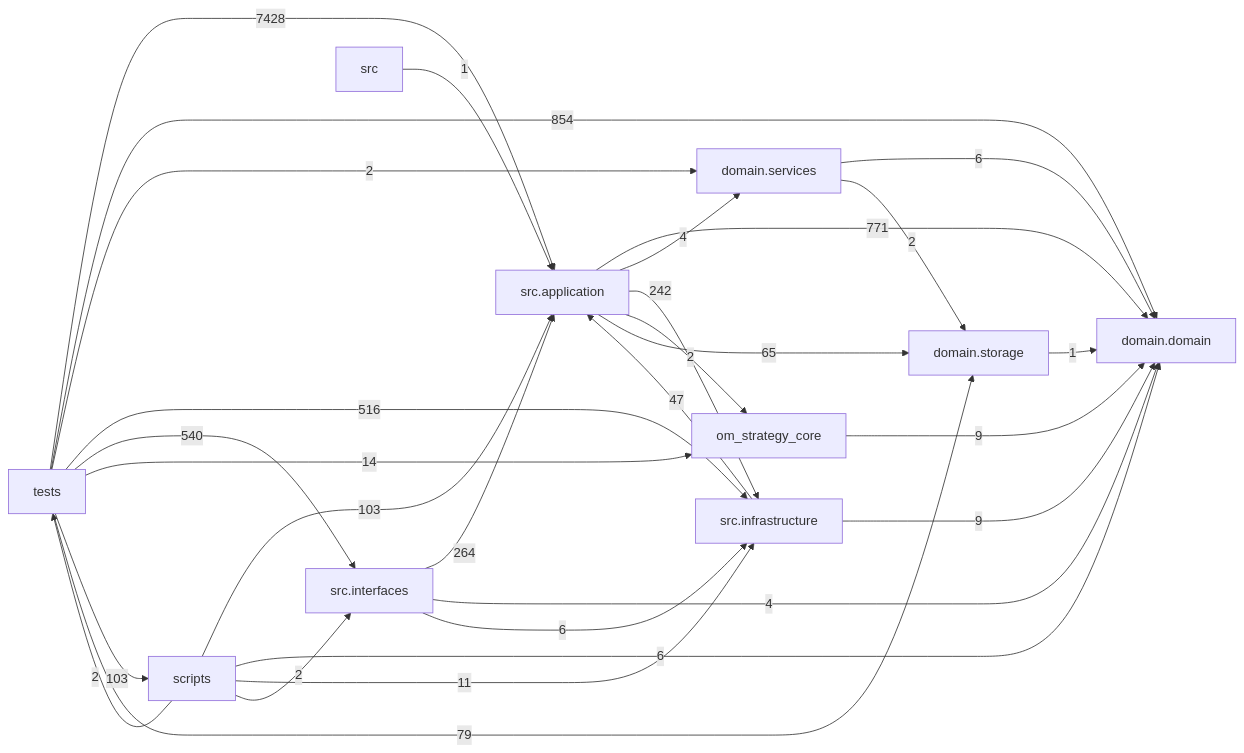
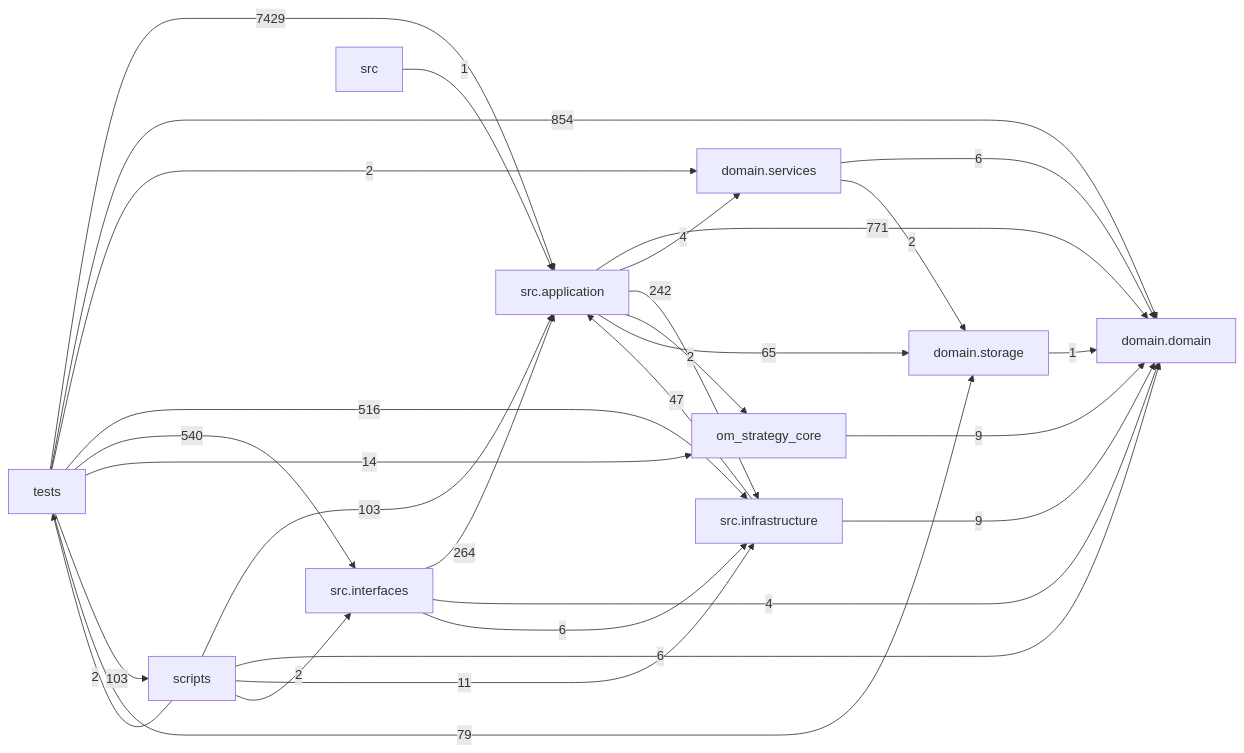
Before and after one commit to liuxie066/options-monitor: the diagram in docs/DEPENDENCY_GRAPH.md, drawn with Mermaid. The commit also changed other lines of this file and 15 other files, not shown here.

````diff
--- a/docs/DEPENDENCY_GRAPH.md
+++ b/docs/DEPENDENCY_GRAPH.md
@@ -24,39 +24,39 @@
 ```mermaid
 flowchart LR
   tests["tests"]
   scripts["scripts"]
   interfaces["src.interfaces"]
   application["src.application"]
   infrastructure["src.infrastructure"]
   domain_services["domain.services"]
   domain["domain.domain"]
   storage["domain.storage"]
   application -->|771| domain
   application -->|4| domain_services
   application -->|242| infrastructure
   application -->|2| om_strategy_core
   application -->|65| storage
   domain_services -->|6| domain
   domain_services -->|2| storage
   infrastructure -->|47| application
   infrastructure -->|9| domain
   interfaces -->|264| application
   interfaces -->|4| domain
   interfaces -->|6| infrastructure
   om_strategy_core -->|9| domain
   scripts -->|103| application
   scripts -->|6| domain
   scripts -->|11| infrastructure
   scripts -->|2| interfaces
   scripts -->|2| tests
   src -->|1| application
   storage -->|1| domain
-  tests -->|7428| application
+  tests -->|7429| application
   tests -->|854| domain
   tests -->|2| domain_services
   tests -->|516| infrastructure
   tests -->|540| interfaces
   tests -->|14| om_strategy_core
   tests -->|103| scripts
   tests -->|79| storage
 ```
````
